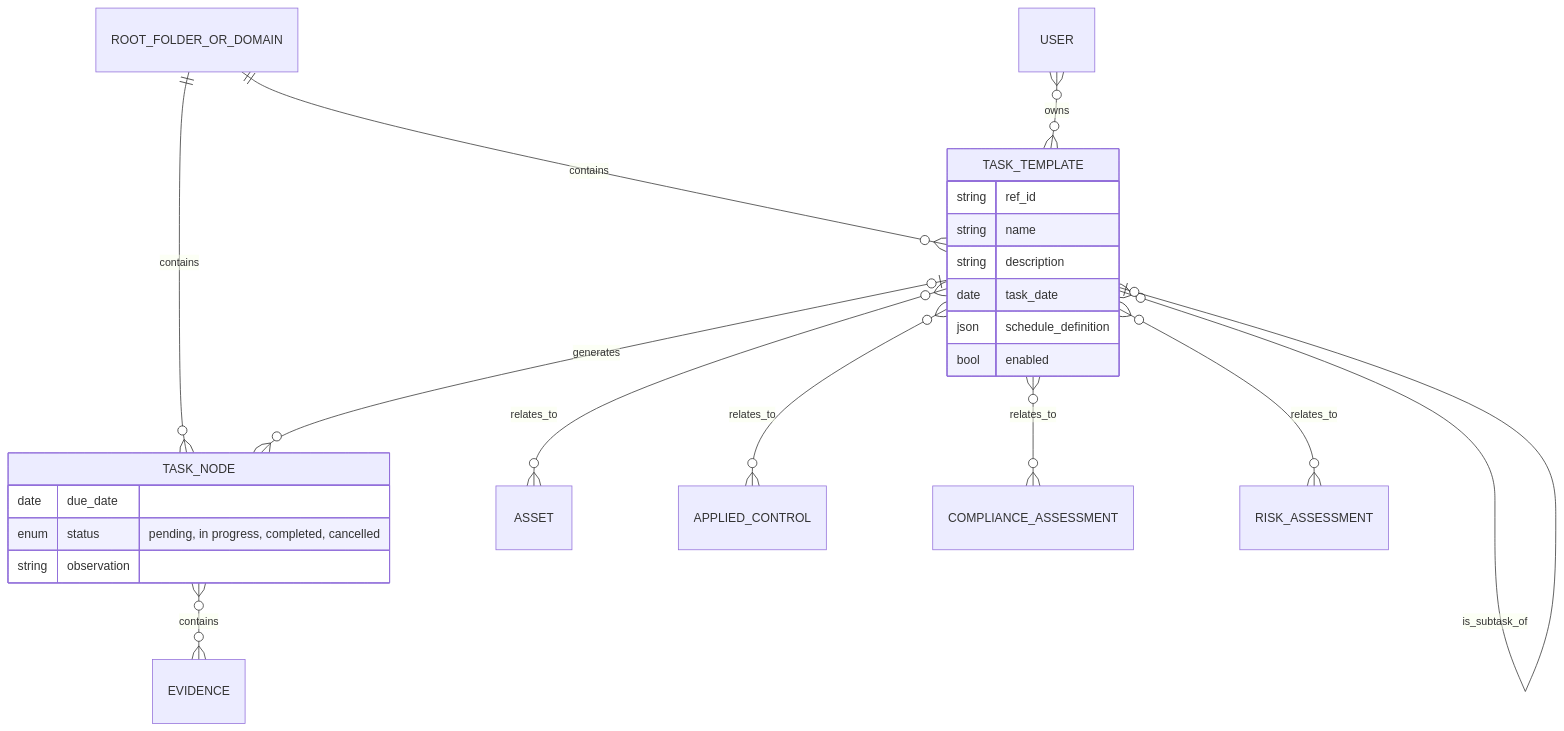
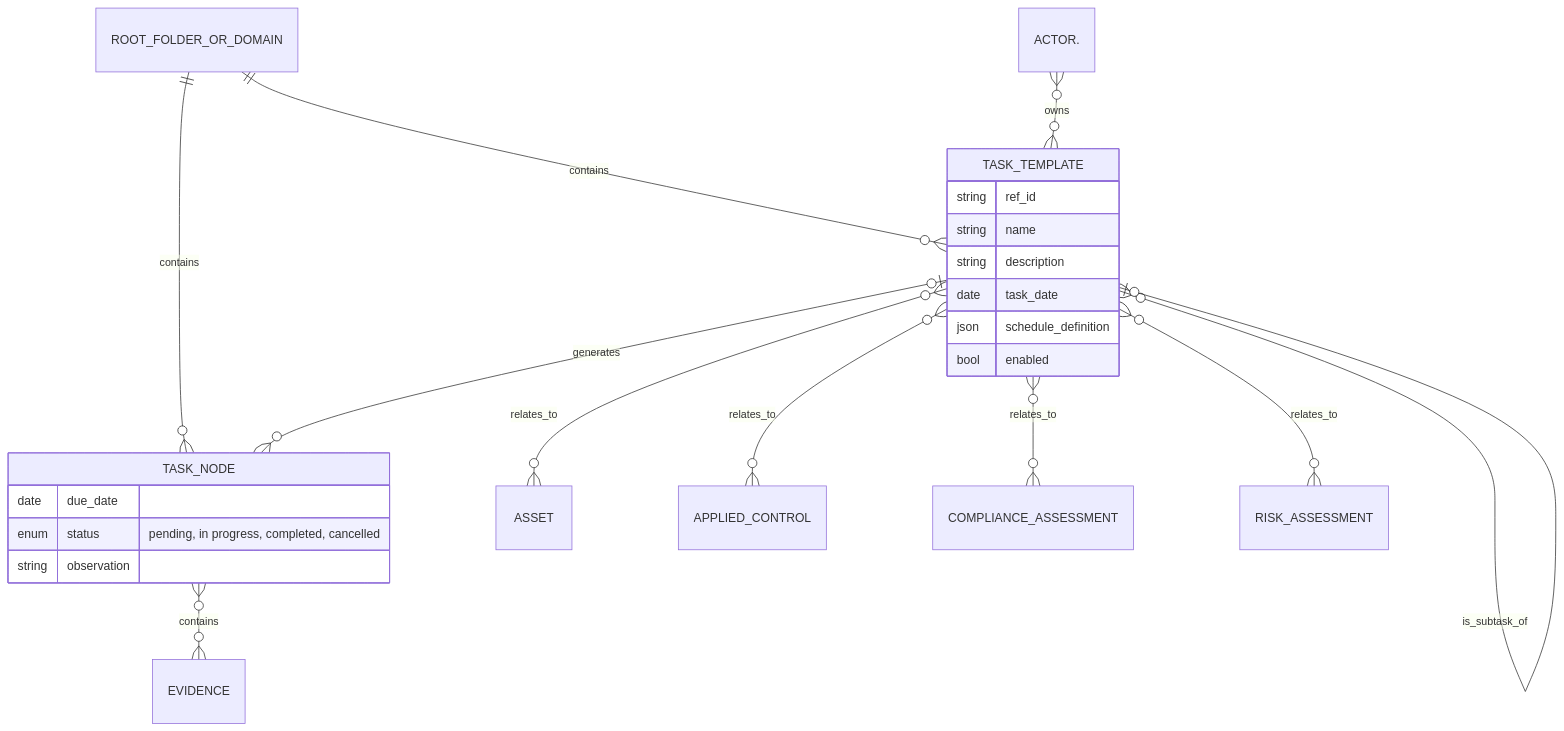
Diagram 15 of 17 in documentation/architecture/data-model.md (intuitem/ciso-assistant-community), drawn with Mermaid before and after one commit. The commit also changed other lines of this file and 1 other file, not shown here.

````diff
--- a/documentation/architecture/data-model.md
+++ b/documentation/architecture/data-model.md
@@ -1655,30 +1702,30 @@
 ```mermaid
 erDiagram
 
 ROOT_FOLDER_OR_DOMAIN ||--o{ TASK_TEMPLATE         : contains
 ROOT_FOLDER_OR_DOMAIN ||--o{ TASK_NODE             : contains
 TASK_TEMPLATE         |o--o{ TASK_NODE             : generates
-USER                  }o--o{ TASK_TEMPLATE         : owns
+ACTOR.                }o--o{ TASK_TEMPLATE         : owns
 TASK_TEMPLATE         }o--o| TASK_TEMPLATE         : is_subtask_of
 TASK_TEMPLATE         }o--o{ ASSET                 : relates_to
 TASK_TEMPLATE         }o--o{ APPLIED_CONTROL       : relates_to
 TASK_TEMPLATE         }o--o{ COMPLIANCE_ASSESSMENT : relates_to
 TASK_TEMPLATE         }o--o{ RISK_ASSESSMENT       : relates_to
 TASK_NODE             }o--o{ EVIDENCE              : contains
 
 TASK_TEMPLATE {
     string ref_id
     string name
     string description
 
     date   task_date
     json   schedule_definition
     bool   enabled
 }
 
 TASK_NODE {
     date   due_date
     enum   status "pending, in progress, completed, cancelled"
     string observation
 }
 ```
````
